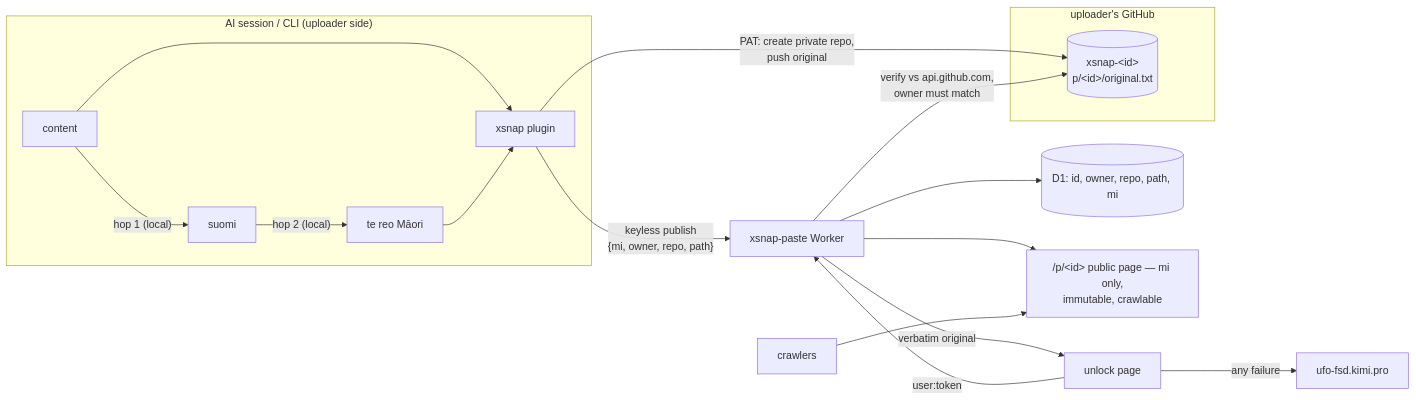
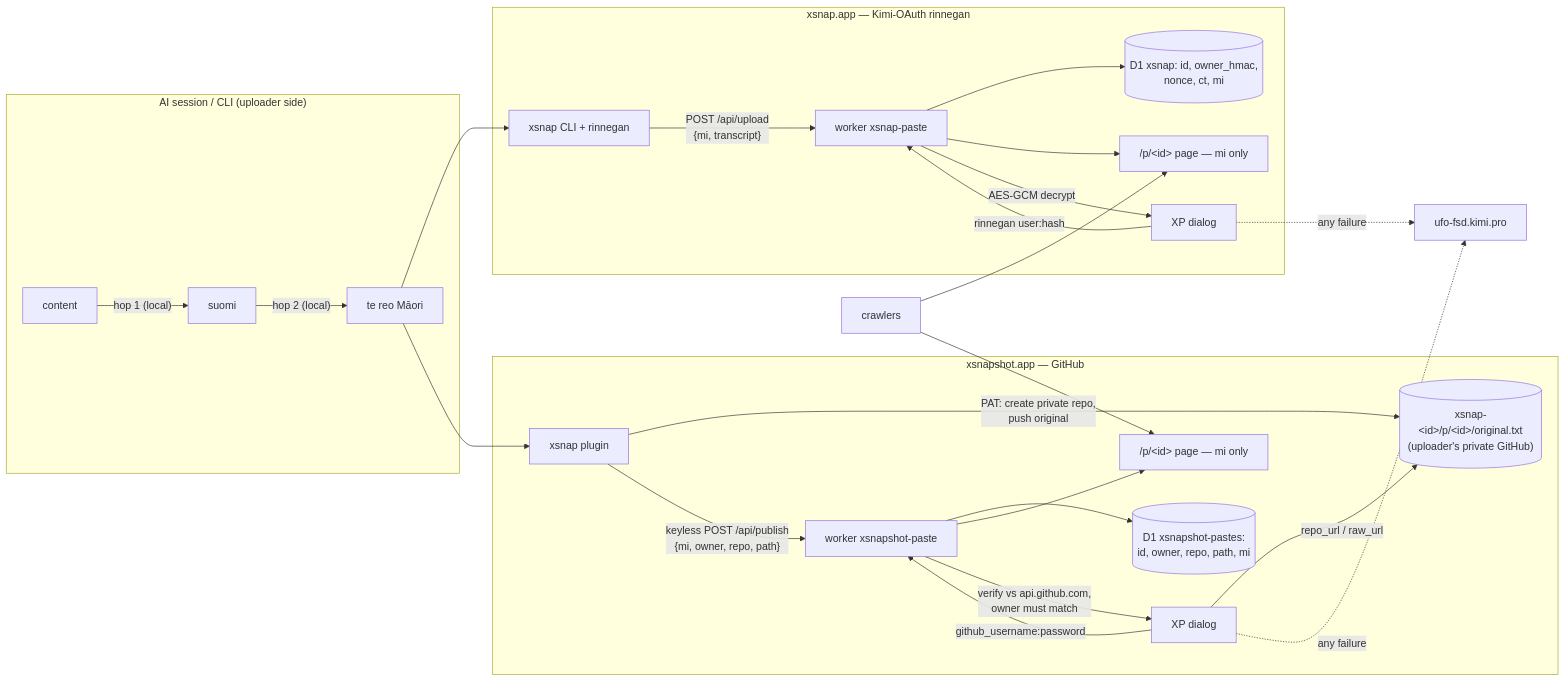
Before and after one commit to VeigaPunk/xsnap: the diagram in docs/ARCHITECTURE.md, drawn with Mermaid. The commit also changed other lines of this file and 13 other files, not shown here.

First line of the commit message:
two-site split: xsnap.app = Kimi rinnegan, xsnapshot.app = github user:pass

````diff
--- a/docs/ARCHITECTURE.md
+++ b/docs/ARCHITECTURE.md
@@ -8,19 +14,29 @@
 ```mermaid
 flowchart LR
   subgraph session["AI session / CLI (uploader side)"]
     C[content] -- "hop 1 (local)" --> FI[suomi]
     FI -- "hop 2 (local)" --> MI[te reo Māori]
-    C --> P[xsnap plugin]
-    MI --> P
   end
-  subgraph gh["uploader's GitHub"]
-    P -- "PAT: create private repo,<br/>push original" --> R[("xsnap-&lt;id&gt;<br/>p/&lt;id&gt;/original.txt")]
+
+  subgraph xsnap["xsnap.app — Kimi-OAuth rinnegan"]
+    CLI[xsnap CLI + rinnegan] -- "POST /api/upload<br/>{mi, transcript}" --> W1[worker xsnap-paste]
+    W1 --> D1[("D1 xsnap: id, owner_hmac,<br/>nonce, ct, mi")]
+    W1 --> P1["/p/&lt;id&gt; page — mi only"]
+    U1[XP dialog] -- "rinnegan user:hash" --> W1 -- "AES-GCM decrypt" --> U1
   end
-  P -- "keyless publish<br/>{mi, owner, repo, path}" --> W[xsnap-paste Worker]
-  W --> D[(D1: id, owner, repo, path, mi)]
-  W --> PG["/p/&lt;id&gt; public page — mi only,<br/>immutable, crawlable"]
-  U[unlock page] -- "user:token" --> W -- "verify vs api.github.com,<br/>owner must match" --> R
-  W -- "verbatim original" --> U
-  B[crawlers] --> PG
-  U -- "any failure" --> UFO[ufo-fsd.kimi.pro]
+
+  subgraph xshot["xsnapshot.app — GitHub"]
+    P[xsnap plugin] -- "PAT: create private repo,<br/>push original" --> R[("xsnap-&lt;id&gt;/p/&lt;id&gt;/original.txt<br/>(uploader's private GitHub)")]
+    P -- "keyless POST /api/publish<br/>{mi, owner, repo, path}" --> W2[worker xsnapshot-paste]
+    W2 --> D2[("D1 xsnapshot-pastes:<br/>id, owner, repo, path, mi")]
+    W2 --> P2["/p/&lt;id&gt; page — mi only"]
+    U2[XP dialog] -- "github_username:password" --> W2 -- "verify vs api.github.com,<br/>owner must match" --> U2 -- "repo_url / raw_url" --> R
+  end
+
+  MI --> CLI
+  MI --> P
+  B[crawlers] --> P1
+  B --> P2
+  U1 -.->|any failure| UFO[ufo-fsd.kimi.pro]
+  U2 -.->|any failure| UFO
 ```
````
